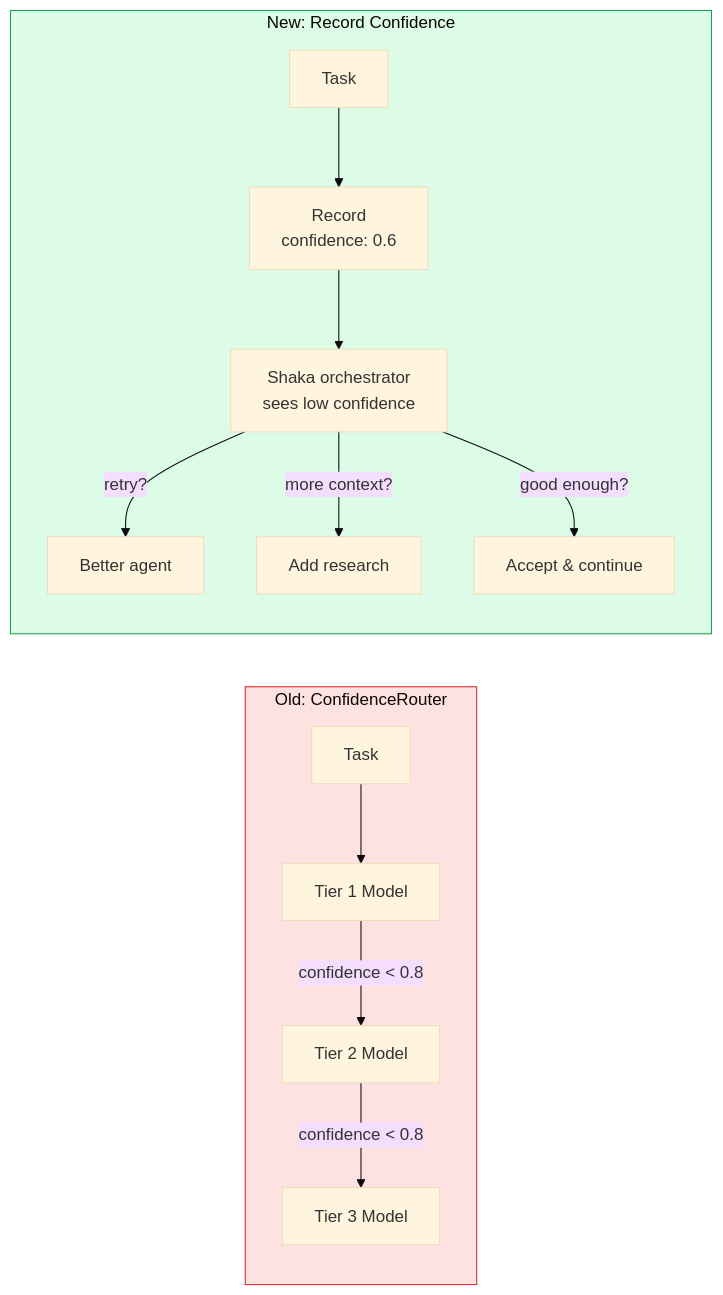
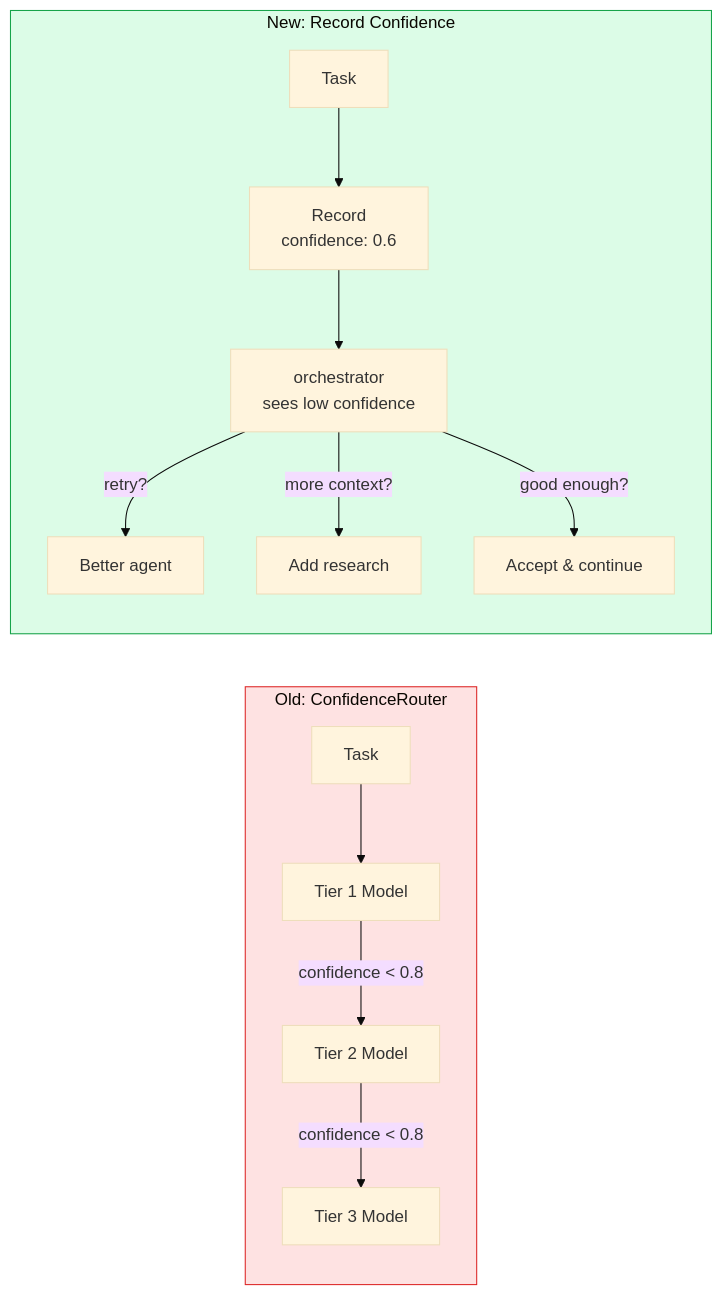
Before and after one commit to supernovae-st/nika: the seventh of 8 diagrams in docs/vision/07-slate-deep-integration.md, drawn with Mermaid (base theme). The commit also changed other lines of this file and 72 other files, not shown here.

````diff
--- a/docs/vision/07-slate-deep-integration.md
+++ b/docs/vision/07-slate-deep-integration.md
@@ -460,19 +468,19 @@
 ```mermaid
 flowchart LR
     subgraph OLD["Old: ConfidenceRouter"]
         O1["Task"] --> O2["Tier 1 Model"]
         O2 -->|"confidence < 0.8"| O3["Tier 2 Model"]
         O3 -->|"confidence < 0.8"| O4["Tier 3 Model"]
     end
 
     subgraph NEW["New: Record Confidence"]
         N1["Task"] --> N2["Record\nconfidence: 0.6"]
-        N2 --> N3["Shaka orchestrator\nsees low confidence"]
+        N2 --> N3["orchestrator\nsees low confidence"]
         N3 -->|"retry?"| N4["Better agent"]
         N3 -->|"more context?"| N5["Add research"]
         N3 -->|"good enough?"| N6["Accept & continue"]
     end
 
     style OLD fill:#fee2e2,stroke:#dc2626
     style NEW fill:#dcfce7,stroke:#16a34a
 ```
````
